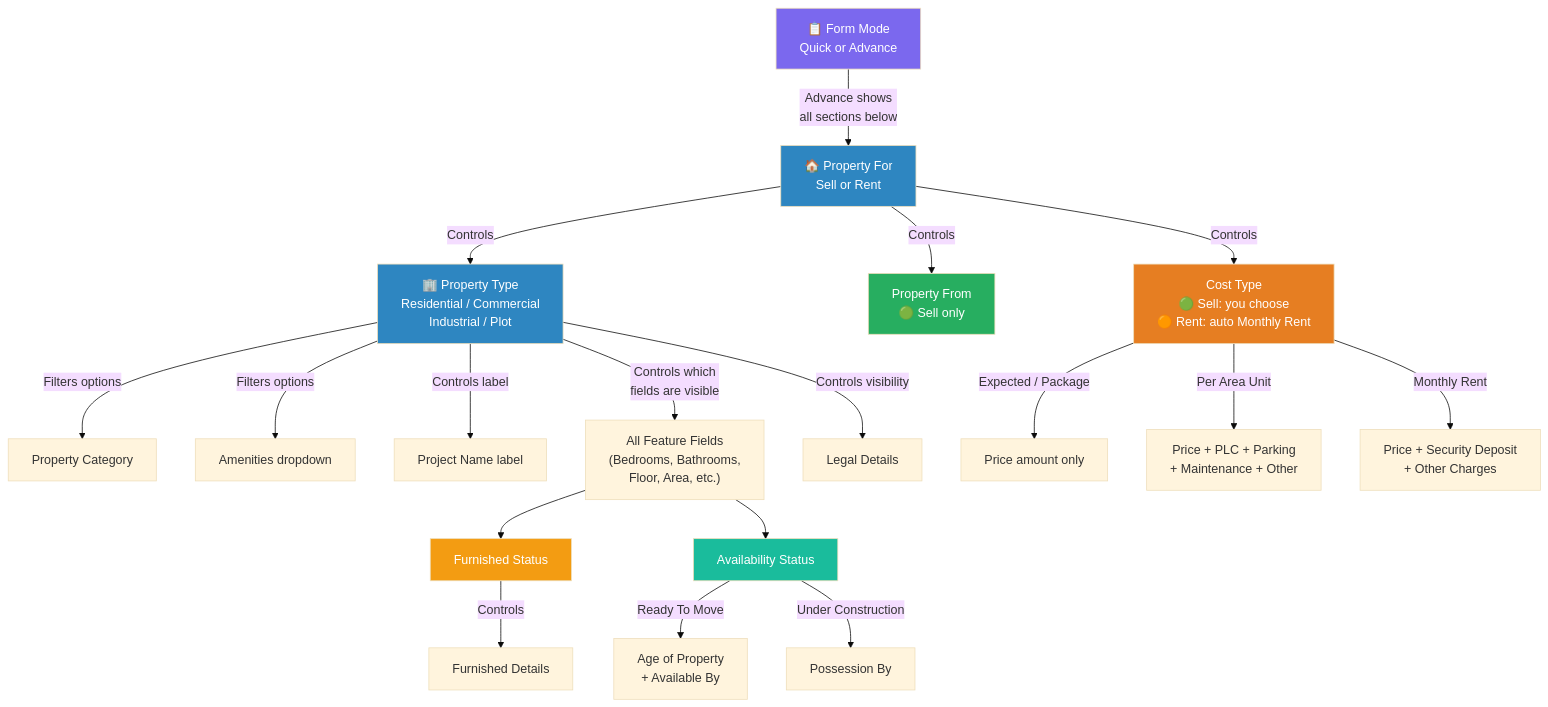
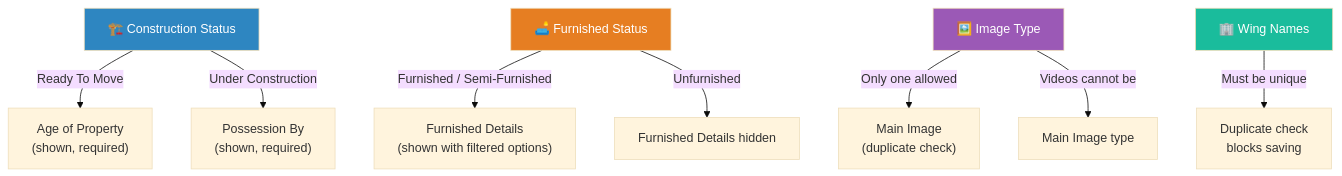
The fourth of 4 diagrams in README.md (shackshyam/property), drawn with Mermaid (base theme) before and after one commit. The commit also changed other lines of this file, not shown here.

Commit message:
Update README for Project Form details

````diff
--- a/README.md
+++ b/README.md
@@ -311,37 +240,24 @@
 ```mermaid
 graph TD
-    FM["📋 Form Mode<br>Quick or Advance"] 
-    PF["🏠 Property For<br>Sell or Rent"]
-    PT["🏢 Property Type<br>Residential / Commercial<br>Industrial / Plot"]
+    CS["🏗️ Construction Status"]
+    FS["🛋️ Furnished Status"]
+    IMG["🖼️ Image Type"]
+    WN["🏢 Wing Names"]
 
-    FM -->|"Advance shows<br>all sections below"| PF
+    CS -->|"Ready To Move"| AOP["Age of Property<br>(shown, required)"]
+    CS -->|"Under Construction"| PB["Possession By<br>(shown, required)"]
+  
 
-    PF -->|"Controls"| PFrom["Property From<br>🟢 Sell only"]
-    PF -->|"Controls"| PT
-    PF -->|"Controls"| CostT["Cost Type<br>🟢 Sell: you choose<br>🟠 Rent: auto Monthly Rent"]
+    FS -->|"Furnished / Semi-Furnished"| FD["Furnished Details<br>(shown with filtered options)"]
+    FS -->|"Unfurnished"| FD_HIDE["Furnished Details hidden"]
 
-    PT -->|"Filters options"| Cat["Property Category"]
-    PT -->|"Filters options"| Amen["Amenities dropdown"]
-    PT -->|"Controls label"| PName["Project Name label"]
-    PT -->|"Controls which<br>fields are visible"| Features["All Feature Fields<br>(Bedrooms, Bathrooms,<br>Floor, Area, etc.)"]
-    PT -->|"Controls visibility"| Legal["Legal Details"]
+    IMG -->|"Only one allowed"| MI["Main Image<br>(duplicate check)"]
+    IMG -->|"Videos cannot be"| NO_MAIN["Main Image type"]
 
-    Features --> FS["Furnished Status"]
-    FS -->|"Controls"| FD["Furnished Details"]
+    WN -->|"Must be unique"| DUP["Duplicate check<br>blocks saving"]
 
-    Features --> AS["Availability Status"]
-    AS -->|"Ready To Move"| AgeAvail["Age of Property<br>+ Available By"]
-    AS -->|"Under Construction"| Poss["Possession By"]
-
-    CostT -->|"Expected / Package"| SimplePrice["Price amount only"]
-    CostT -->|"Per Area Unit"| DetailPrice["Price + PLC + Parking<br>+ Maintenance + Other"]
-    CostT -->|"Monthly Rent"| RentPrice["Price + Security Deposit<br>+ Other Charges"]
-
-    style FM fill:#7B68EE,color:#fff
-    style PF fill:#2E86C1,color:#fff
-    style PT fill:#2E86C1,color:#fff
-    style PFrom fill:#27AE60,color:#fff
-    style CostT fill:#E67E22,color:#fff
-    style FS fill:#F39C12,color:#fff
-    style AS fill:#1ABC9C,color:#fff
+    style CS fill:#2E86C1,color:#fff
+    style FS fill:#E67E22,color:#fff
+    style IMG fill:#9B59B6,color:#fff
+    style WN fill:#1ABC9C,color:#fff
 ```
````
